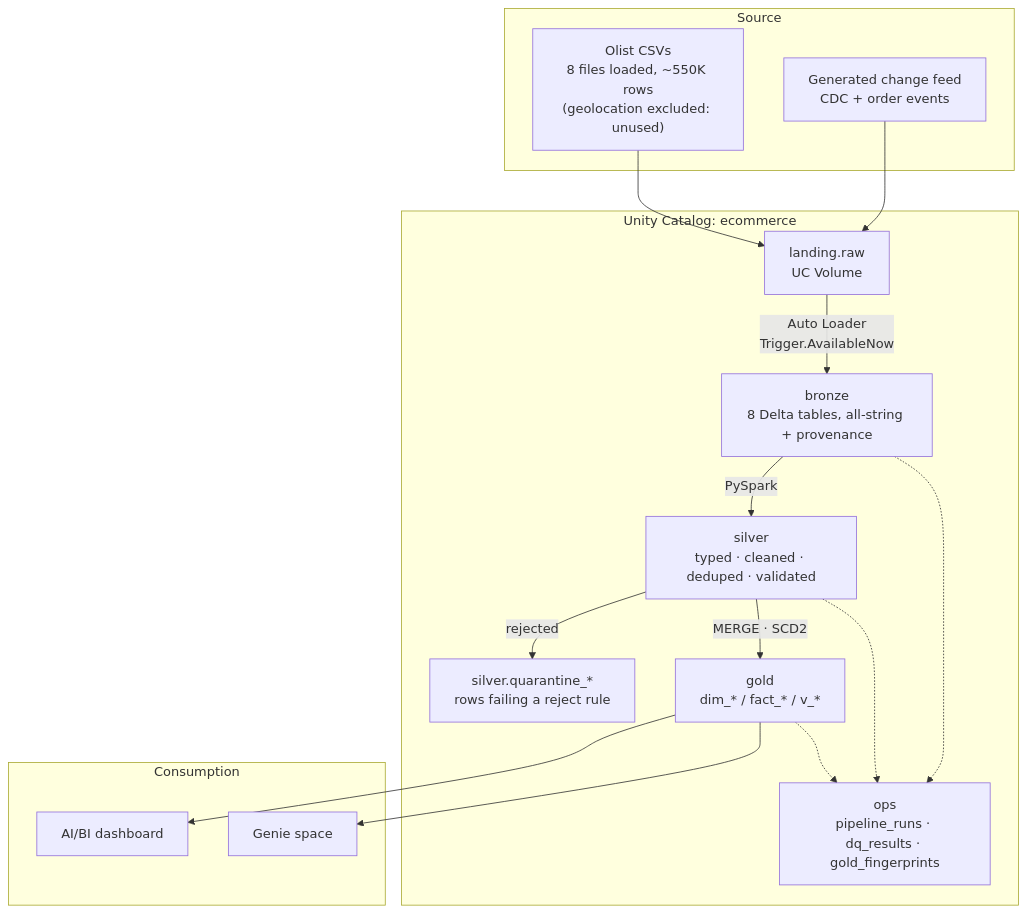
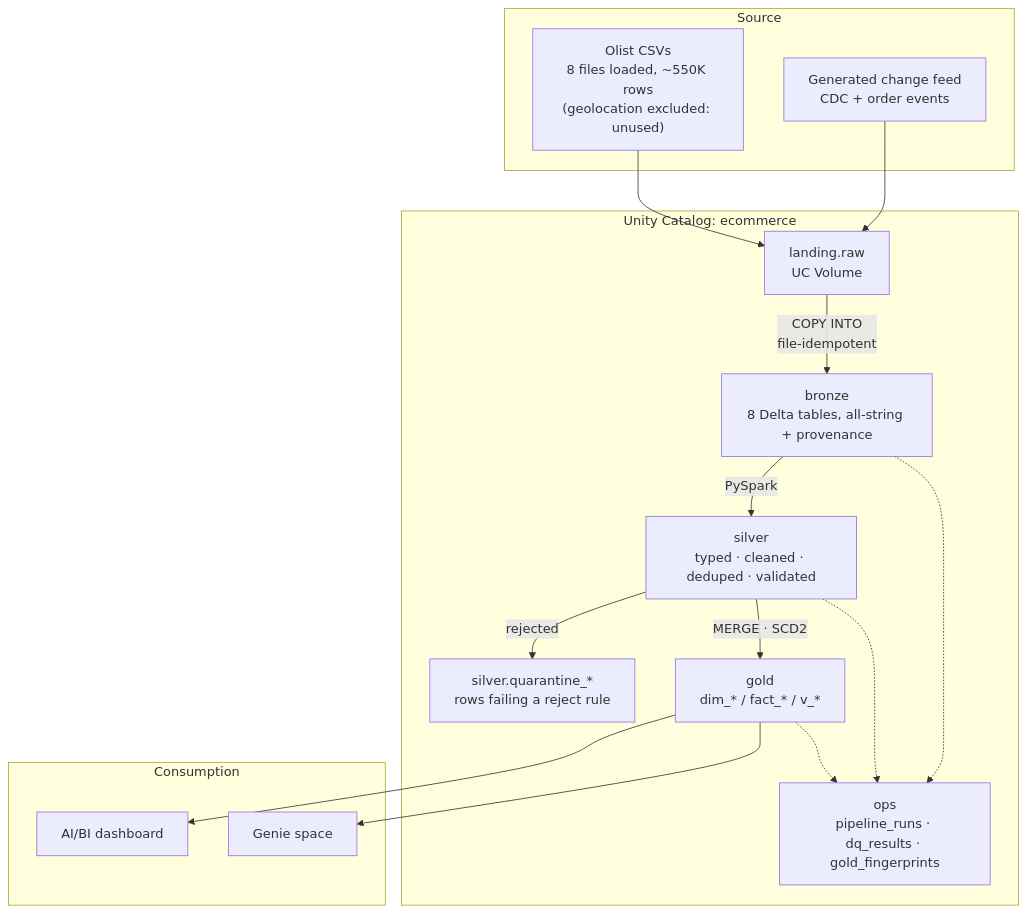
Before and after one commit to ahmed-emad-dataeng/databricks-ecommerce-lakehouse: the diagram in README.md, drawn with Mermaid. The commit also changed other lines of this file and 5 other files, not shown here.

````diff
--- a/README.md
+++ b/README.md
@@ -32,31 +36,31 @@
 ```mermaid
 flowchart TB
     subgraph src["Source"]
         A["Olist CSVs<br/>8 files loaded, ~550K rows<br/>(geolocation excluded: unused)"]
         B["Generated change feed<br/>CDC + order events"]
     end
     subgraph lake["Unity Catalog: ecommerce"]
         C["landing.raw<br/>UC Volume"]
         D["bronze<br/>8 Delta tables, all-string + provenance"]
         E["silver<br/>typed · cleaned · deduped · validated"]
         Q["silver.quarantine_*<br/>rows failing a reject rule"]
         F["gold<br/>dim_* / fact_* / v_*"]
         O["ops<br/>pipeline_runs · dq_results · gold_fingerprints"]
     end
     subgraph out["Consumption"]
         G["AI/BI dashboard"]
         H["Genie space"]
     end
 
     A --> C
     B --> C
-    C -->|"Auto Loader<br/>Trigger.AvailableNow"| D
+    C -->|"COPY INTO<br/>file-idempotent"| D
     D -->|PySpark| E
     E -->|rejected| Q
     E -->|"MERGE · SCD2"| F
     F --> G
     F --> H
     D -.-> O
     E -.-> O
     F -.-> O
 ```
````
